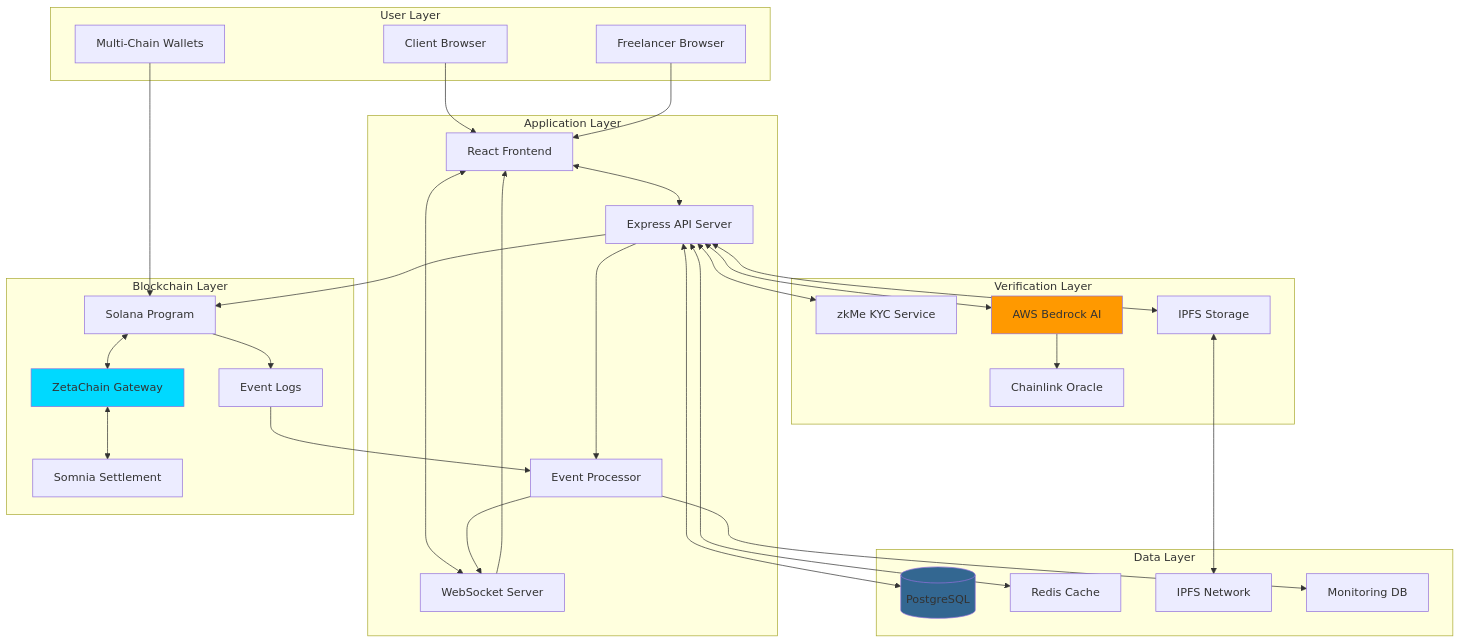
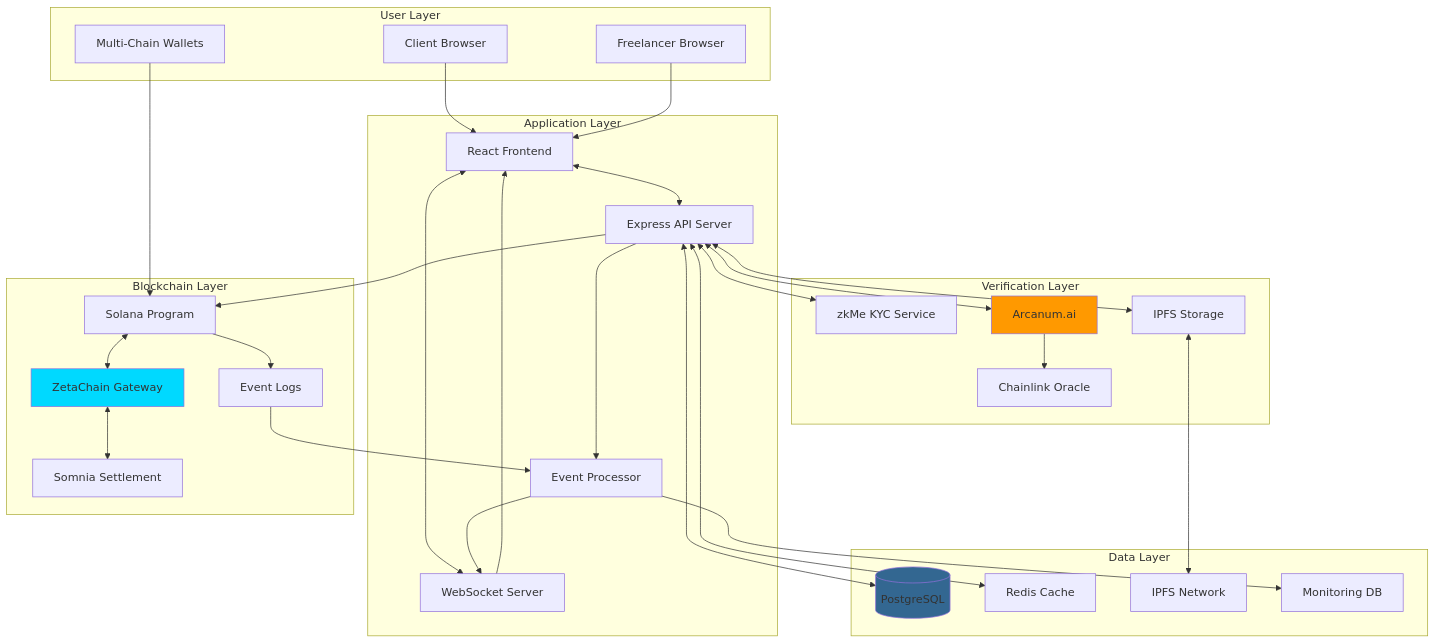
The sixth of 16 diagrams in technical-architecture.mdx (De-real-iManuel/aetherlock-docs), drawn with Mermaid before and after one commit. The commit also changed other lines of this file and 92 other files, not shown here.

````diff
--- a/technical-architecture.mdx
+++ b/technical-architecture.mdx
@@ -447,67 +449,67 @@
 ```mermaid
 flowchart TD
     subgraph "User Layer"
         U1[Client Browser]
         U2[Freelancer Browser]
         U3[Multi-Chain Wallets]
     end
     
     subgraph "Application Layer"
         A1[React Frontend]
         A2[Express API Server]
         A3[WebSocket Server]
         A4[Event Processor]
     end
     
     subgraph "Verification Layer"
         V1[zkMe KYC Service]
-        V2[AWS Bedrock AI]
+        V2[Arcanum.ai]
         V3[Chainlink Oracle]
         V4[IPFS Storage]
     end
     
     subgraph "Blockchain Layer"
         B1[Solana Program]
         B2[ZetaChain Gateway]
         B3[Somnia Settlement]
         B4[Event Logs]
     end
     
     subgraph "Data Layer"
         D1[(PostgreSQL)]
         D2[Redis Cache]
         D3[IPFS Network]
         D4[Monitoring DB]
     end
     
     U1 --> A1
     U2 --> A1
     U3 --> B1
     
     A1 <--> A2
     A1 <--> A3
     A2 --> A4
     
     A2 <--> V1
     A2 <--> V2
     A2 <--> V4
     V2 --> V3
     
     A2 --> B1
     B1 <--> B2
     B2 <--> B3
     B1 --> B4
     
     A2 <--> D1
     A2 <--> D2
     V4 <--> D3
     A4 --> D4
     
     B4 --> A4
     A4 --> A3
     A3 --> A1
     
     style V2 fill:#FF9900
     style B2 fill:#00D9FF
     style D1 fill:#336791
 ```
````
